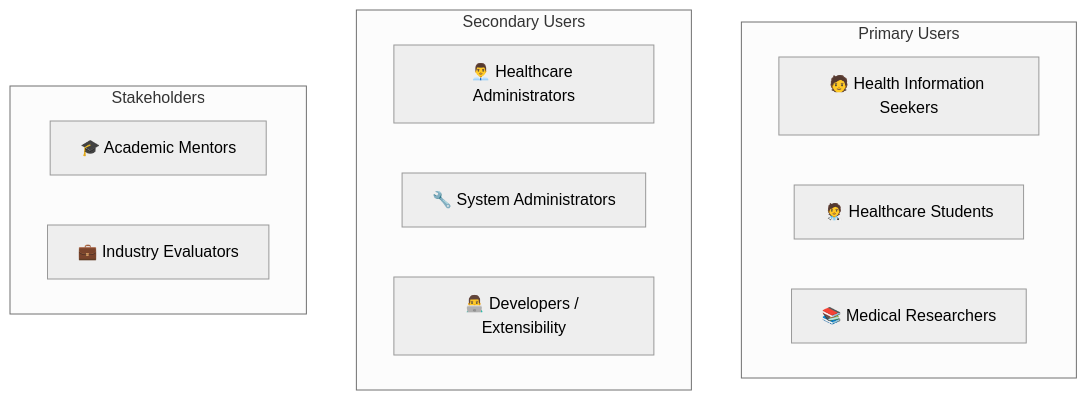
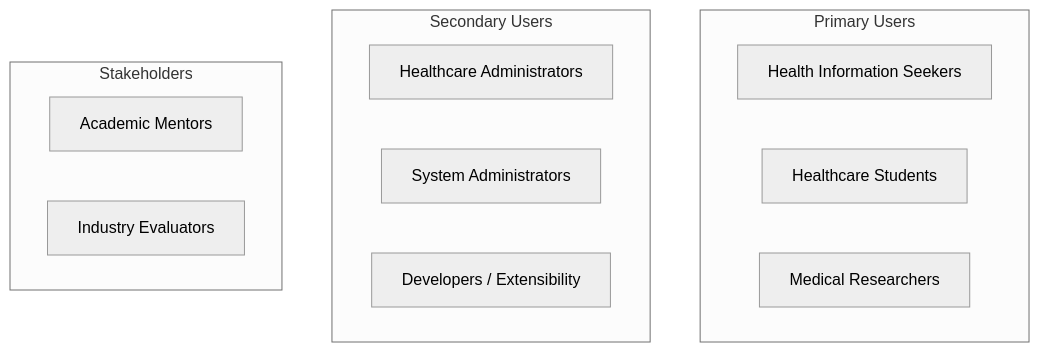
The seventh of 12 diagrams in docs/01_Project_Foundation.md (Samarjamal326/MediOrchesctrator-Agent), drawn with Mermaid (neutral theme) before and after one commit. The commit also changed other lines of this file and 5 other files, not shown here.

````diff
--- a/docs/01_Project_Foundation.md
+++ b/docs/01_Project_Foundation.md
@@ -319,19 +319,19 @@
 ```mermaid
 graph TB
     subgraph "Primary Users"
-        A[🧑 Health Information Seekers]
-        B[🧑‍⚕️ Healthcare Students]
-        C[📚 Medical Researchers]
+        A[ Health Information Seekers]
+        B[ Healthcare Students]
+        C[ Medical Researchers]
     end
 
     subgraph "Secondary Users"
-        D[👨‍💼 Healthcare Administrators]
-        E[🔧 System Administrators]
-        F[👨‍💻 Developers / Extensibility]
+        D[ Healthcare Administrators]
+        E[ System Administrators]
+        F[ Developers / Extensibility]
     end
 
     subgraph "Stakeholders"
-        G[🎓 Academic Mentors]
-        H[💼 Industry Evaluators]
+        G[ Academic Mentors]
+        H[ Industry Evaluators]
     end
 ```
````
